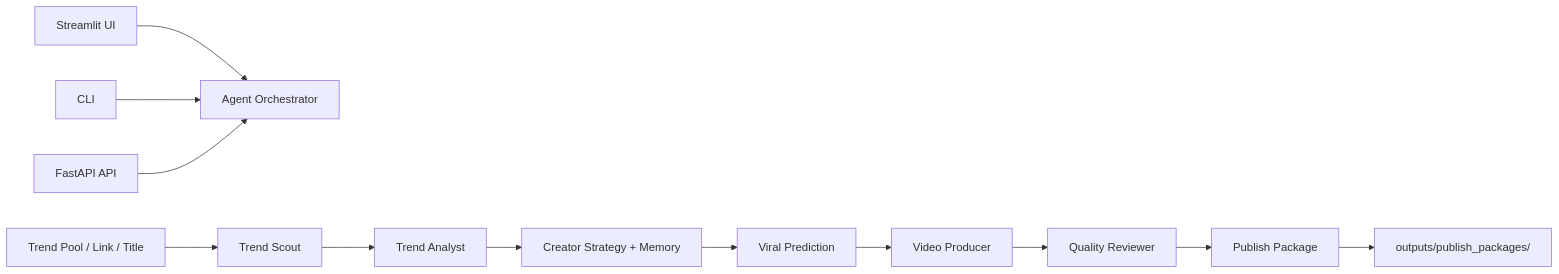
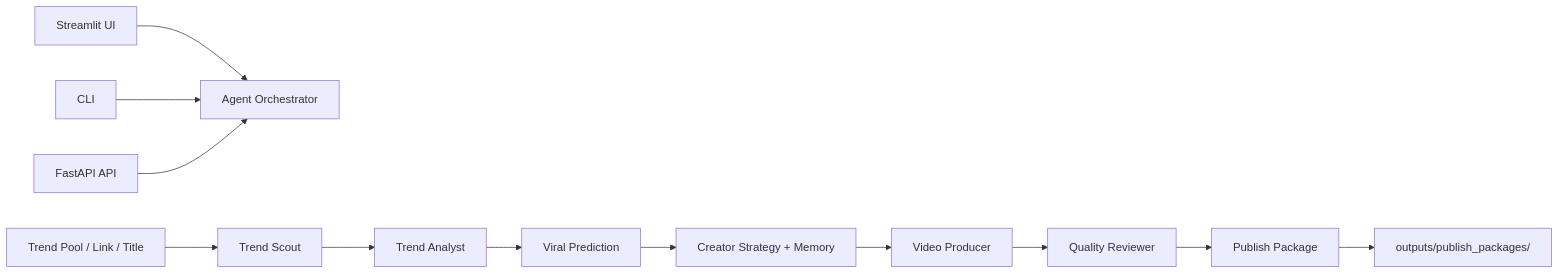
The diagram in docs/ARCHITECTURE.md (2417467487-hub/Trend2Video-Pro), drawn with Mermaid before and after one commit. The commit also changed other lines of this file and 20 other files, not shown here.

````diff
--- a/docs/ARCHITECTURE.md
+++ b/docs/ARCHITECTURE.md
@@ -5,14 +5,14 @@
 ```mermaid
 flowchart LR
     UI["Streamlit UI"] --> ORCH["Agent Orchestrator"]
     CLI["CLI"] --> ORCH
     API["FastAPI API"] --> ORCH
     TOPICS["Trend Pool / Link / Title"] --> SCOUT["Trend Scout"]
     SCOUT --> ANALYST["Trend Analyst"]
-    ANALYST --> FIT["Creator Strategy + Memory"]
-    FIT --> VIRAL["Viral Prediction"]
-    VIRAL --> PROD["Video Producer"]
+    ANALYST --> VIRAL["Viral Prediction"]
+    VIRAL --> FIT["Creator Strategy + Memory"]
+    FIT --> PROD["Video Producer"]
     PROD --> QC["Quality Reviewer"]
     QC --> PKG["Publish Package"]
     PKG --> OUT["outputs/publish_packages/"]
 ```
````
